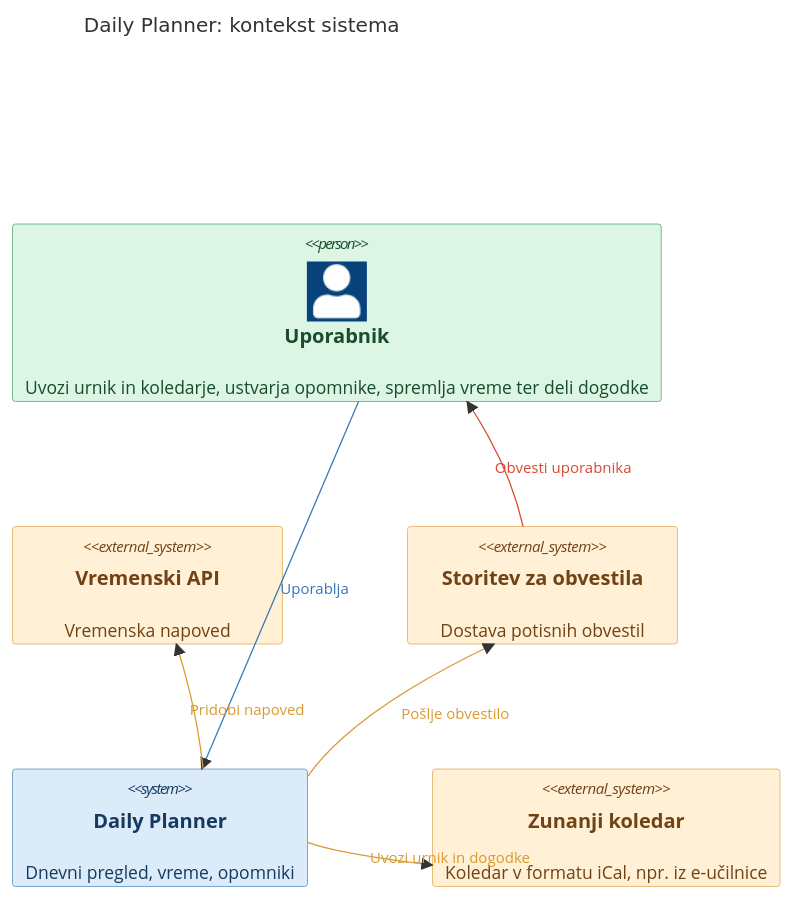
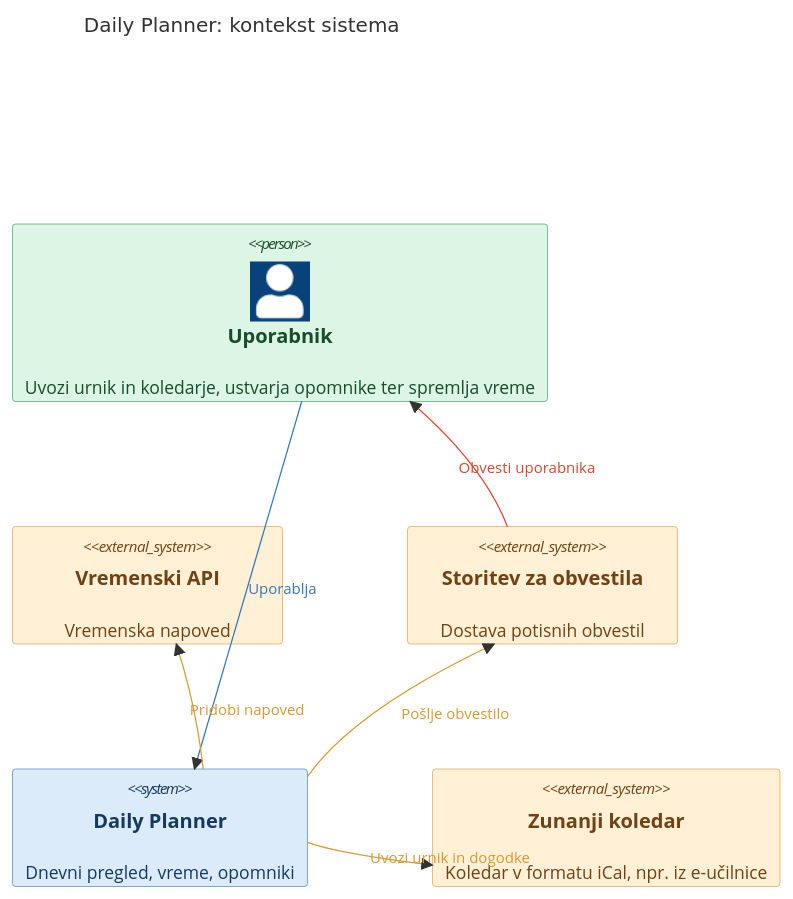
Before and after one commit to PRPO-projekt-26/daily-planner: the diagram in c4.md, drawn with Mermaid.

````diff
--- a/c4.md
+++ b/c4.md
@@ -5,38 +5,38 @@
 ```mermaid
     C4Context
     title Daily Planner: kontekst sistema
 
-    Person(student, "Uporabnik", "Uvozi urnik in koledarje, ustvarja opomnike, spremlja vreme ter deli dogodke")
+    Person(student, "Uporabnik", "Uvozi urnik in koledarje, ustvarja opomnike ter spremlja vreme")
 
     System_Ext(weather, "Vremenski API", "Vremenska napoved")
 
     System_Ext(notification, "Storitev za obvestila", "Dostava potisnih obvestil")
 
     System(planner, "Daily Planner", "Dnevni pregled, vreme, opomniki")
 
     System_Ext(calendar, "Zunanji koledar", "Koledar v formatu iCal, npr. iz e-učilnice")
 
 
     Rel(student, planner, "Uporablja")
     Rel(planner, weather, "Pridobi napoved")
     Rel(planner, calendar, "Uvozi urnik in dogodke")
     Rel(planner, notification, "Pošlje obvestilo")
     Rel(notification, student, "Obvesti uporabnika")
 
 
     UpdateElementStyle(planner, $bgColor="#DCEBFA", $fontColor="#163A5F", $borderColor="#3478B8")
     UpdateElementStyle(student, $bgColor="#DDF5E5", $fontColor="#174D2A", $borderColor="#31945A")
     UpdateElementStyle(friend, $bgColor="#DDF5E5", $fontColor="#174D2A", $borderColor="#31945A")
     UpdateElementStyle(weather, $bgColor="#FFF0D6", $fontColor="#704214", $borderColor="#D99A32")
     UpdateElementStyle(calendar, $bgColor="#FFF0D6", $fontColor="#704214", $borderColor="#D99A32")
     UpdateElementStyle(notification, $bgColor="#FFF0D6", $fontColor="#704214", $borderColor="#D99A32")
 
     UpdateRelStyle(student, planner, $textColor="#3478B8", $lineColor="#3478B8")
     UpdateRelStyle(friend, planner, $textColor="#3478B8", $lineColor="#3478B8")
     UpdateRelStyle(planner, weather, $textColor="#D99A32", $lineColor="#D99A32")
     UpdateRelStyle(planner, calendar, $textColor="#D99A32", $lineColor="#D99A32")
     UpdateRelStyle(planner, notification, $textColor="#D99A32", $lineColor="#D99A32")
     UpdateRelStyle(notification, student, $textColor="#d94832", $lineColor="#d94832")
 
     UpdateLayoutConfig($c4ShapeInRow="2", $c4BoundaryInRow="1")
 ```
````
